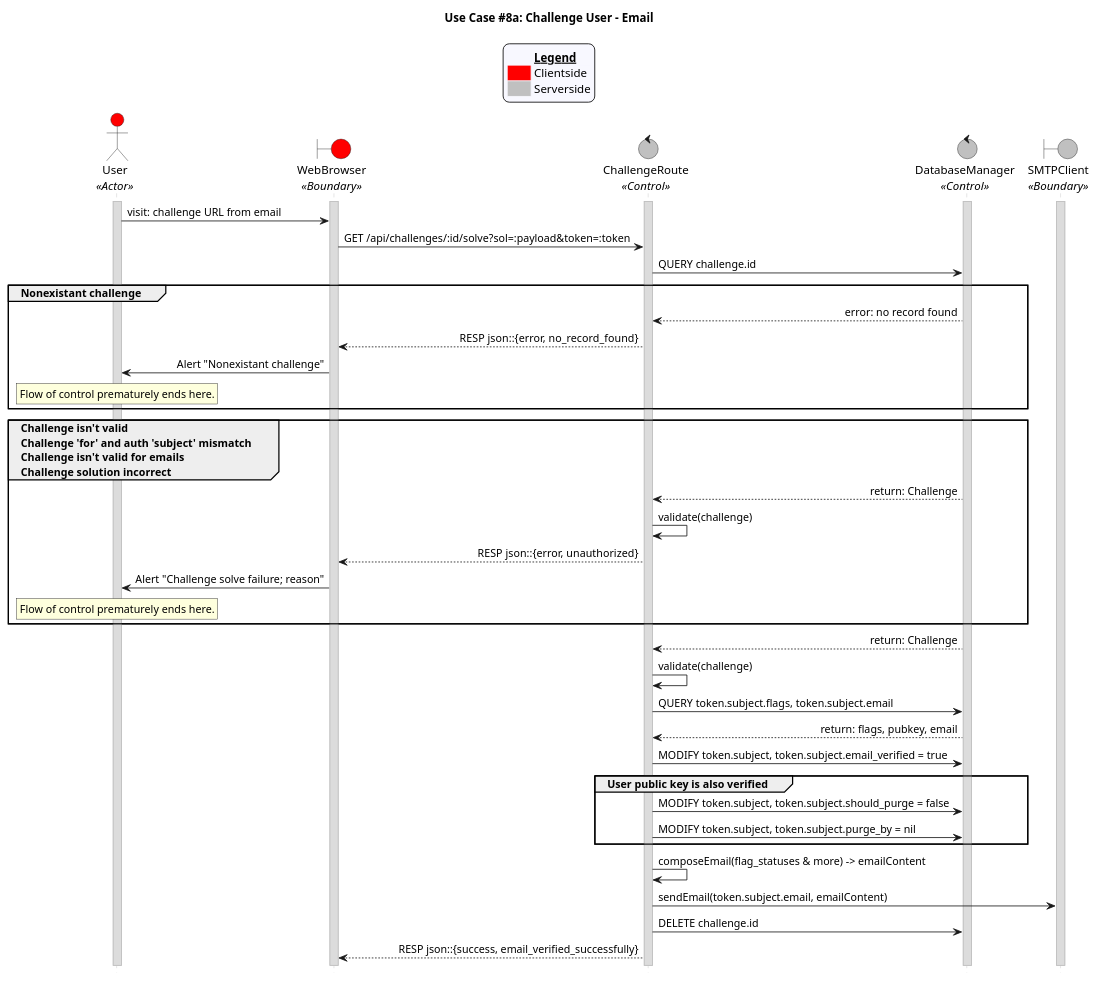
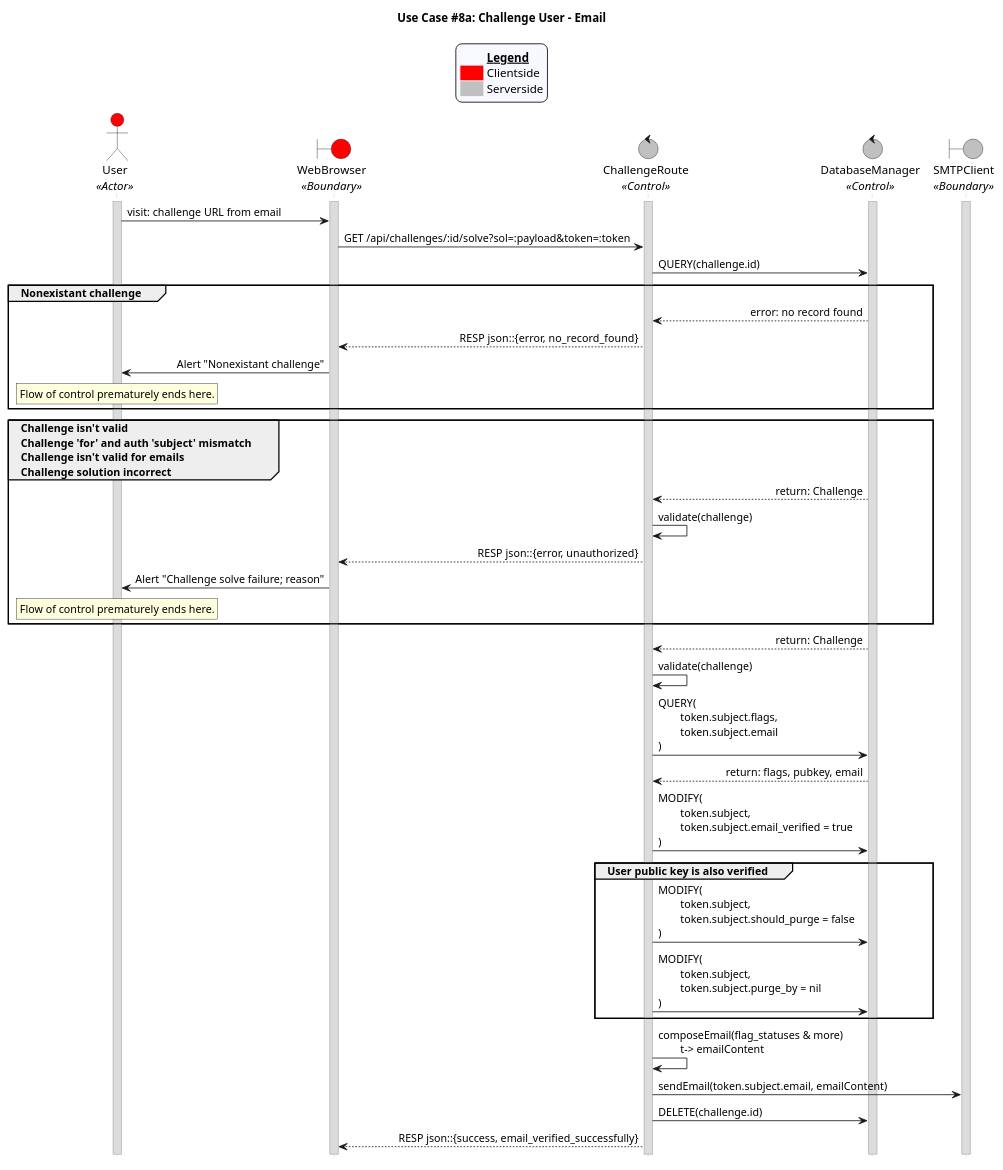
One commit to CECS-491-SP24-Group-1/seq-diagrams changed the diagram in uc_08_email.puml. Above: the diagram before and after it, drawn with PlantUML. The commit also changed 4 other files, not shown here.

```diff
--- a/uc_08_email.puml
+++ b/uc_08_email.puml
@@ -1,94 +1,94 @@
 @startuml uc08a_email
 title "Use Case #8a: Challenge User - Email"
 
 'Styling goes here
 hide footbox
 skinparam stereotypePosition bottom
 skinparam sequenceMessageAlign direction
 skinparam sequence {
 	LifeLineBorderColor #Silver
 	LifeLineBackgroundColor #Gainsboro
 }
 
 'Add a legend plus styling
 skinparam legend {
 	backgroundColor #GhostWhite
 	entrySeparator #GhostWhite
 }
 
 legend top
 	<#GhostWhite,#GhostWhite>|	|= __Legend__ |
 	|<#red> | Clientside|
 	|<#silver> | Serverside|
 endlegend
 
 'Setup the objects involved here
 actor User as u <<Actor>> #red
 boundary WebBrowser as wb <<Boundary>> #red
 control ChallengeRoute as cr <<Control>> #silver
 control DatabaseManager as db <<Control>> #silver
 boundary SMTPClient as sc <<Boundary>> #silver
 
 'Setup persistent objects here
 activate u
 activate wb
 activate cr
 activate db
 activate sc
 
 '--- FLOW OF CONTROL STARTS HERE ---
 'User gets an email with their challenge code and visits the link in their browser.
 u -> wb: visit: challenge URL from email
 wb -> cr: GET /api/challenges/:id/solve?sol=:payload&token=:token
 
 'Server checks if the challenge is valid
-cr -> db: QUERY challenge.id
+cr -> db: QUERY(challenge.id)
 
 'Case 1: The challenge doesn't exist
 group Nonexistant challenge
 	db --> cr: error: no record found
 	cr --> wb: RESP json::{error, no_record_found}
 	wb -> u: Alert "Nonexistant challenge"
 	rnote over u
 	Flow of control prematurely ends here.
 	endrnote
 end
 
 'Case 2: The challenge is invalid, not for this user, not email challenge, or the solution is incorrect.
 group Challenge isn't valid \nChallenge 'for' and auth 'subject' mismatch \nChallenge isn't valid for emails \nChallenge solution incorrect
 	db --> cr: return: Challenge
 	cr -> cr: validate(challenge)
 	cr --> wb: RESP json::{error, unauthorized}
 	wb -> u: Alert "Challenge solve failure; reason"
 	rnote over u
 	Flow of control prematurely ends here.
 	endrnote
 end
 
 'Default case: challenge exists and is valid
 db --> cr: return: Challenge
 cr -> cr: validate(challenge)
 
 'Query the database for the user flags.
-cr -> db: QUERY token.subject.flags, token.subject.email
+cr -> db: QUERY(\n\ttoken.subject.flags, \n\ttoken.subject.email\n)
 db --> cr: return: flags, pubkey, email
 
 'Mark the user's email as verified
-cr -> db: MODIFY token.subject, token.subject.email_verified = true
+cr -> db: MODIFY(\n\ttoken.subject, \n\ttoken.subject.email_verified = true\n)
 
 'Also unmark the user's account for deletion if the public key is verified.
 group User public key is also verified
-	cr -> db: MODIFY token.subject, token.subject.should_purge = false
-	cr -> db: MODIFY token.subject, token.subject.purge_by = nil
+	cr -> db: MODIFY(\n\ttoken.subject, \n\ttoken.subject.should_purge = false\n)
+	cr -> db: MODIFY(\n\ttoken.subject, \n\ttoken.subject.purge_by = nil\n)
 end
 
 'Email the user to inform of successful challenge completion and next steps.
-cr -> cr: composeEmail(flag_statuses & more) -> emailContent
+cr -> cr: composeEmail(flag_statuses & more) \n\tt-> emailContent
 cr -> sc: sendEmail(token.subject.email, emailContent)
 
 'Cleanup and return the feedback to the user
-cr -> db: DELETE challenge.id
+cr -> db: DELETE(challenge.id)
 cr --> wb: RESP json::{success, email_verified_successfully}
 '--- FLOW OF CONTROL ENDS HERE   ---
 
 @enduml
```
